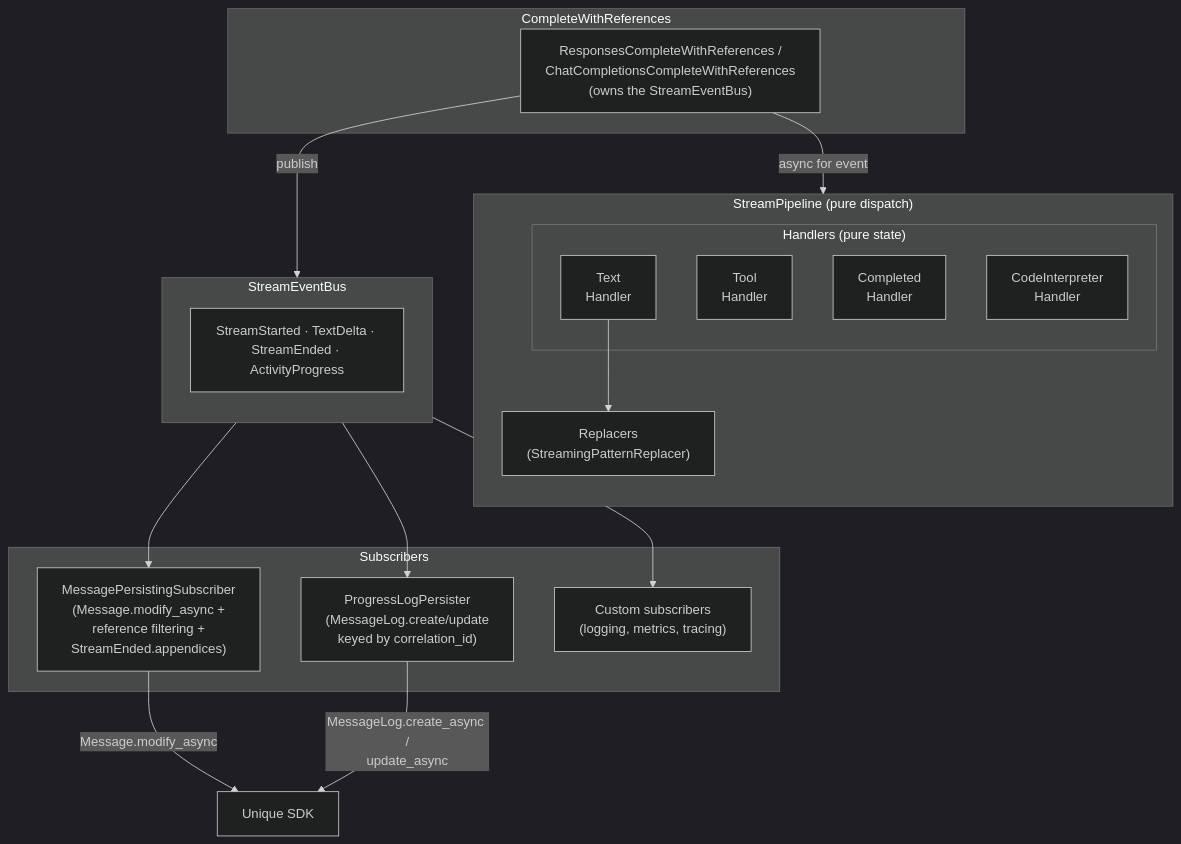
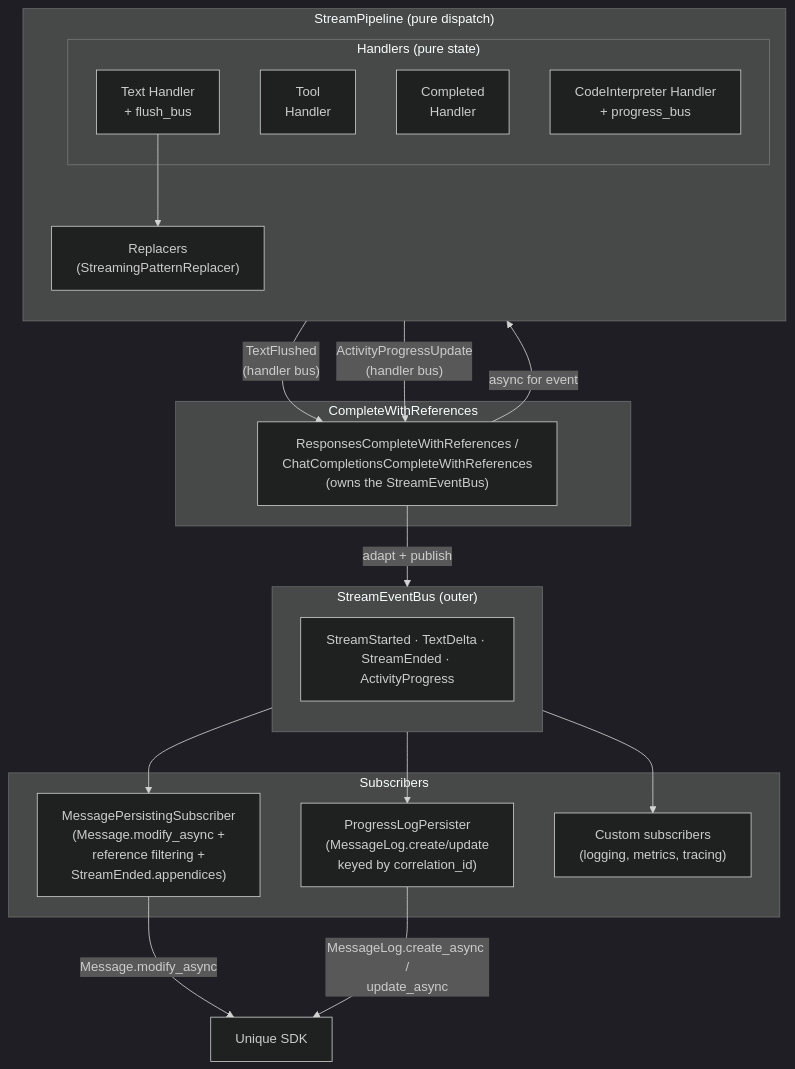
One commit to Unique-AG/ai changed the diagram in unique_toolkit/docs/architecture/streaming/README.md. Above: the diagram before and after it, drawn with Mermaid (dark theme). The commit also changed other lines of this file and 19 other files, not shown here.

First line of the commit message:
refactor(toolkit): handler-owned typed buses for text flush + activity progress

````diff
--- a/unique_toolkit/docs/architecture/streaming/README.md
+++ b/unique_toolkit/docs/architecture/streaming/README.md
@@ -24,37 +24,39 @@
 ```mermaid
 flowchart TB
     subgraph Entry["CompleteWithReferences"]
         CWR["ResponsesCompleteWithReferences /<br/>ChatCompletionsCompleteWithReferences<br/>(owns the StreamEventBus)"]
     end
 
     subgraph Pipeline["StreamPipeline (pure dispatch)"]
         direction TB
         subgraph Handlers["Handlers (pure state)"]
-            TH["Text<br/>Handler"]
+            TH["Text Handler<br/>+ flush_bus"]
             TOH["Tool<br/>Handler"]
             CH["Completed<br/>Handler"]
-            CIH["CodeInterpreter<br/>Handler"]
+            CIH["CodeInterpreter Handler<br/>+ progress_bus"]
         end
         REP["Replacers<br/>(StreamingPatternReplacer)"]
     end
 
-    subgraph Bus["StreamEventBus"]
+    subgraph Bus["StreamEventBus (outer)"]
         direction TB
         EVT["StreamStarted · TextDelta · StreamEnded · ActivityProgress"]
     end
 
     subgraph Subs["Subscribers"]
         MP["MessagePersistingSubscriber<br/>(Message.modify_async +<br/>reference filtering +<br/>StreamEnded.appendices)"]
         PLP["ProgressLogPersister<br/>(MessageLog.create/update<br/>keyed by correlation_id)"]
         EXT["Custom subscribers<br/>(logging, metrics, tracing)"]
     end
 
     CWR -->|"async for event"| Pipeline
     TH --> REP
-    CWR -->|"publish"| Bus
+    TH -->|"TextFlushed<br/>(handler bus)"| CWR
+    CIH -->|"ActivityProgressUpdate<br/>(handler bus)"| CWR
+    CWR -->|"adapt + publish"| Bus
     Bus --> MP
     Bus --> PLP
     Bus --> EXT
     MP -->|"Message.modify_async"| SDK["Unique SDK"]
     PLP -->|"MessageLog.create_async /<br/>update_async"| SDK
 ```
````
